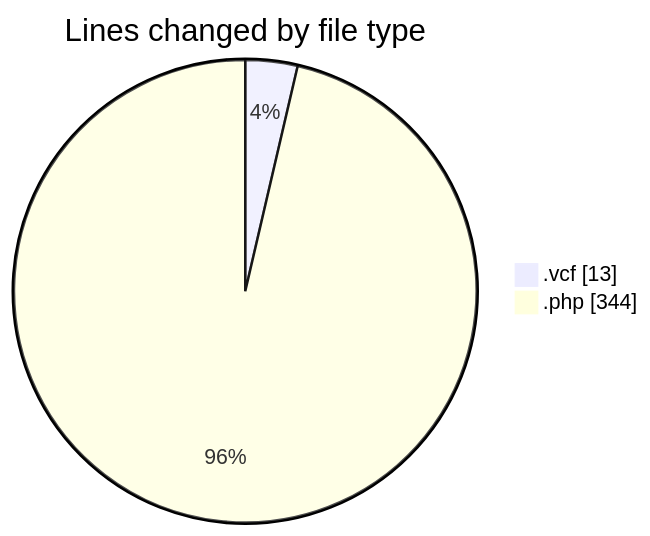
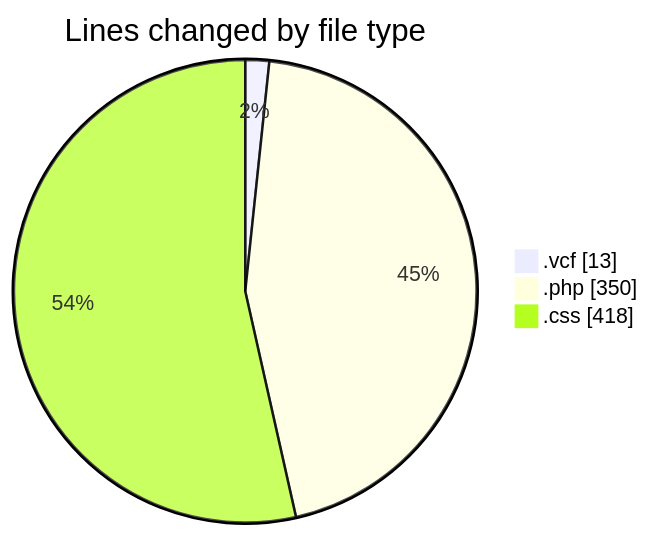
One commit to LanceThiago/code-tracking changed the first of 2 diagrams in 2025-06-03/totem/README.md. Above: the diagram before and after it, drawn with Mermaid. The commit also changed other lines of this file and 1 other file, not shown here.

````diff
--- a/2025-06-03/totem/README.md
+++ b/2025-06-03/totem/README.md
@@ -23,6 +24,7 @@
 ```mermaid
 pie showData
 title Lines changed by file type
 ".vcf" : 13
-".php" : 344
+".php" : 350
+".css" : 418
 ```
````
